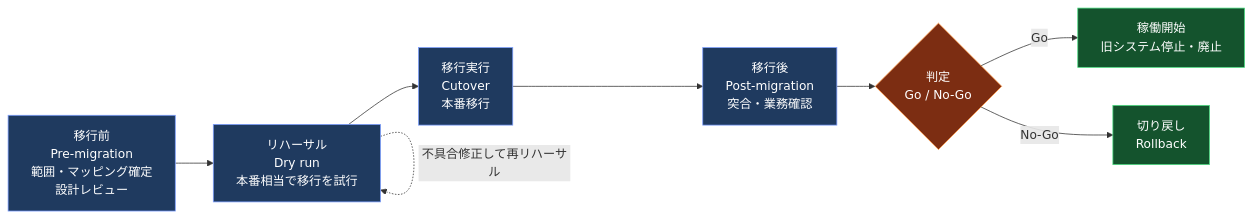
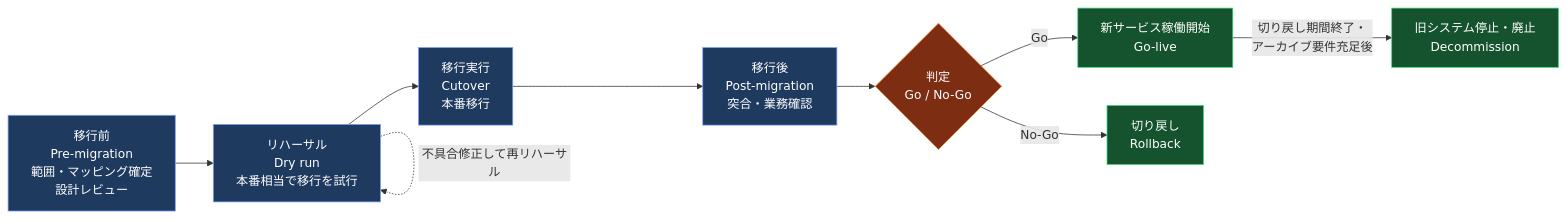
The sixth of 10 diagrams in Iso-29119-14-guide.md (myoshi2891/Quality-Assurance-Studies), drawn with Mermaid before and after one commit. The commit also changed other lines of this file and 1 other file, not shown here.

Commit message:
fix(iso29119-14): separate decommission phase, refine orphan queries, and improve mobile TOC styles

````diff
--- a/Iso-29119-14-guide.md
+++ b/Iso-29119-14-guide.md
@@ -308,17 +308,18 @@
 ```mermaid
 flowchart LR
     PH1["移行前<br/>Pre-migration<br/>範囲・マッピング確定<br/>設計レビュー"] --> PH2["リハーサル<br/>Dry run<br/>本番相当で移行を試行"]
     PH2 --> PH3["移行実行<br/>Cutover<br/>本番移行"]
     PH3 --> PH4["移行後<br/>Post-migration<br/>突合・業務確認"]
     PH4 --> PH5{"判定<br/>Go / No-Go"}
-    PH5 -->|"Go"| PH6["稼働開始<br/>旧システム停止・廃止"]
+    PH5 -->|"Go"| PH6["新サービス稼働開始<br/>Go-live"]
+    PH6 -->|"切り戻し期間終了・<br/>アーカイブ要件充足後"| PH8["旧システム停止・廃止<br/>Decommission"]
     PH5 -->|"No-Go"| PH7["切り戻し<br/>Rollback"]
     PH2 -. "不具合修正して再リハーサル" .-> PH2
 
     classDef phase fill:#1f3a5f,stroke:#7c9eff,color:#ffffff
     classDef decide fill:#7c2d12,stroke:#fb923c,color:#ffffff
     classDef endok fill:#14532d,stroke:#4ade80,color:#ffffff
     class PH1,PH2,PH3,PH4 phase
     class PH5 decide
-    class PH6,PH7 endok
+    class PH6,PH7,PH8 endok
 ```
````
